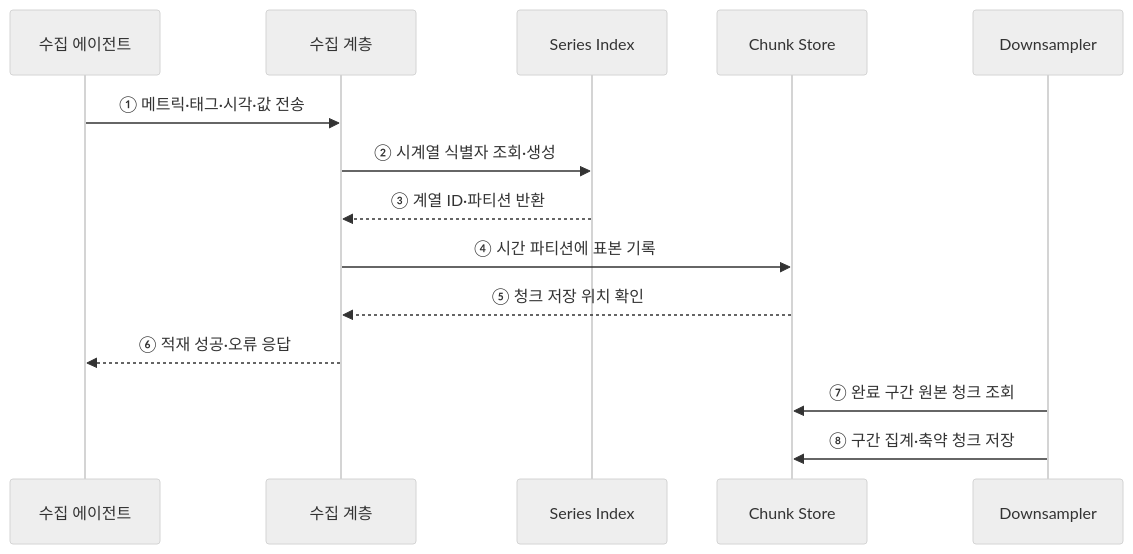
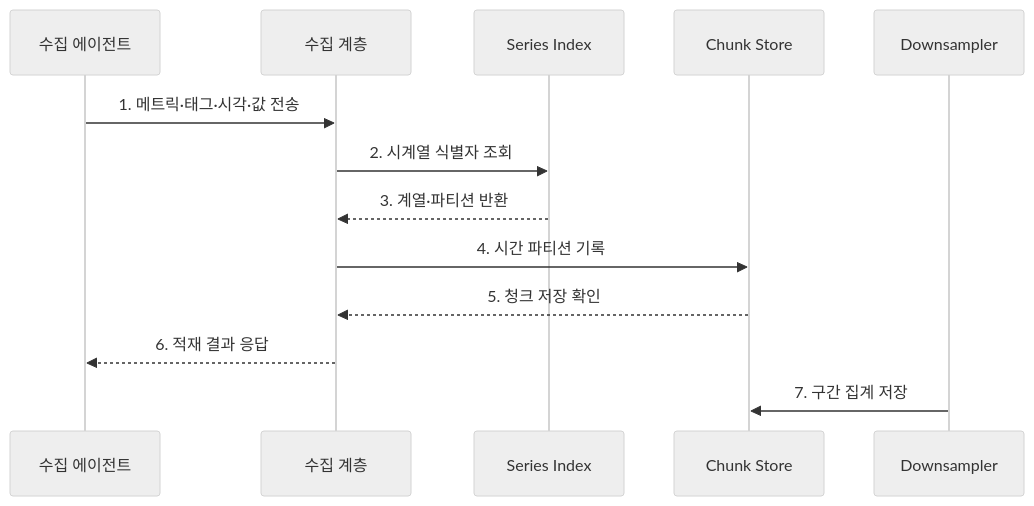
Before and after one commit to agnusdei1207/knowledge-base: the second of 2 diagrams in src/content/docs/notes/03-software/110_time_series_database.md, drawn with Mermaid (neutral theme). The commit also changed other lines of this file and 20 other files, not shown here.

````diff
--- a/src/content/docs/notes/03-software/110_time_series_database.md
+++ b/src/content/docs/notes/03-software/110_time_series_database.md
@@ -72,16 +79,15 @@
 ```mermaid
 sequenceDiagram
     participant A as 수집 에이전트
     participant I as 수집 계층
     participant X as Series Index
     participant C as Chunk Store
     participant D as Downsampler
-    A->>I: ① 메트릭·태그·시각·값 전송
-    I->>X: ② 시계열 식별자 조회·생성
-    X-->>I: ③ 계열 ID·파티션 반환
-    I->>C: ④ 시간 파티션에 표본 기록
-    C-->>I: ⑤ 청크 저장 위치 확인
-    I-->>A: ⑥ 적재 성공·오류 응답
-    D->>C: ⑦ 완료 구간 원본 청크 조회
-    D->>C: ⑧ 구간 집계·축약 청크 저장
+    A->>I: 1. 메트릭·태그·시각·값 전송
+    I->>X: 2. 시계열 식별자 조회
+    X-->>I: 3. 계열·파티션 반환
+    I->>C: 4. 시간 파티션 기록
+    C-->>I: 5. 청크 저장 확인
+    I-->>A: 6. 적재 결과 응답
+    D->>C: 7. 구간 집계 저장
 ```
````
